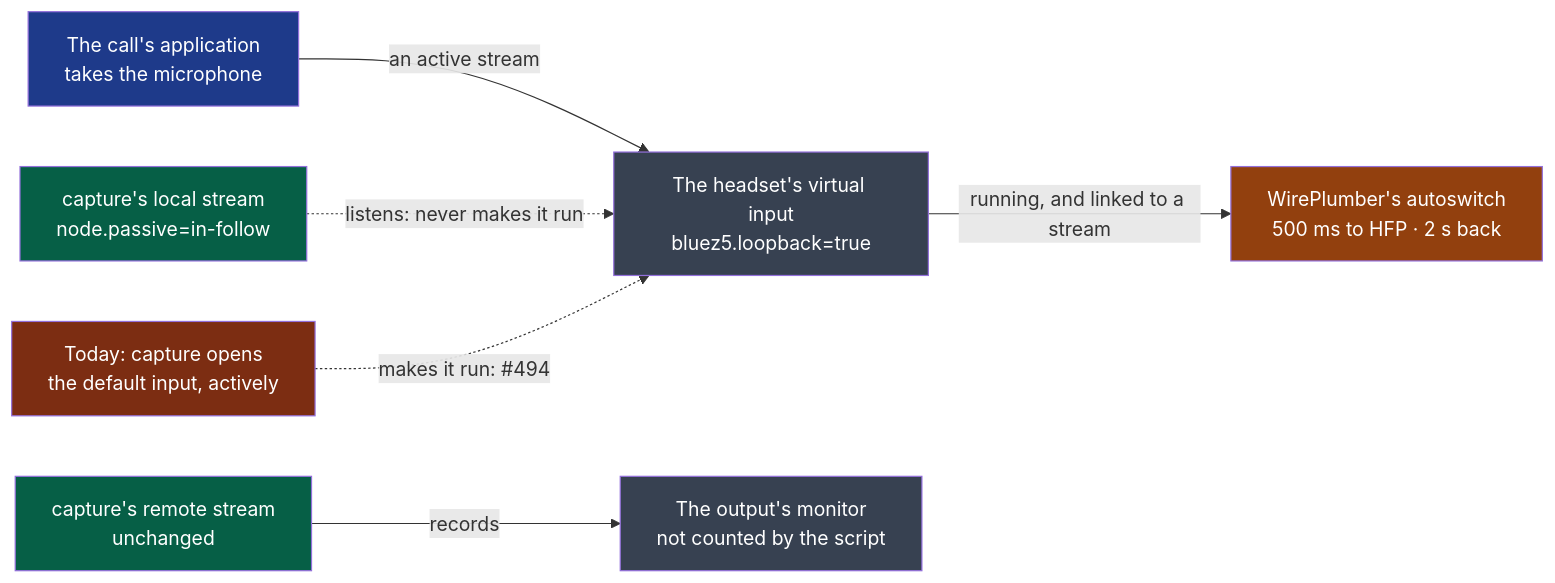
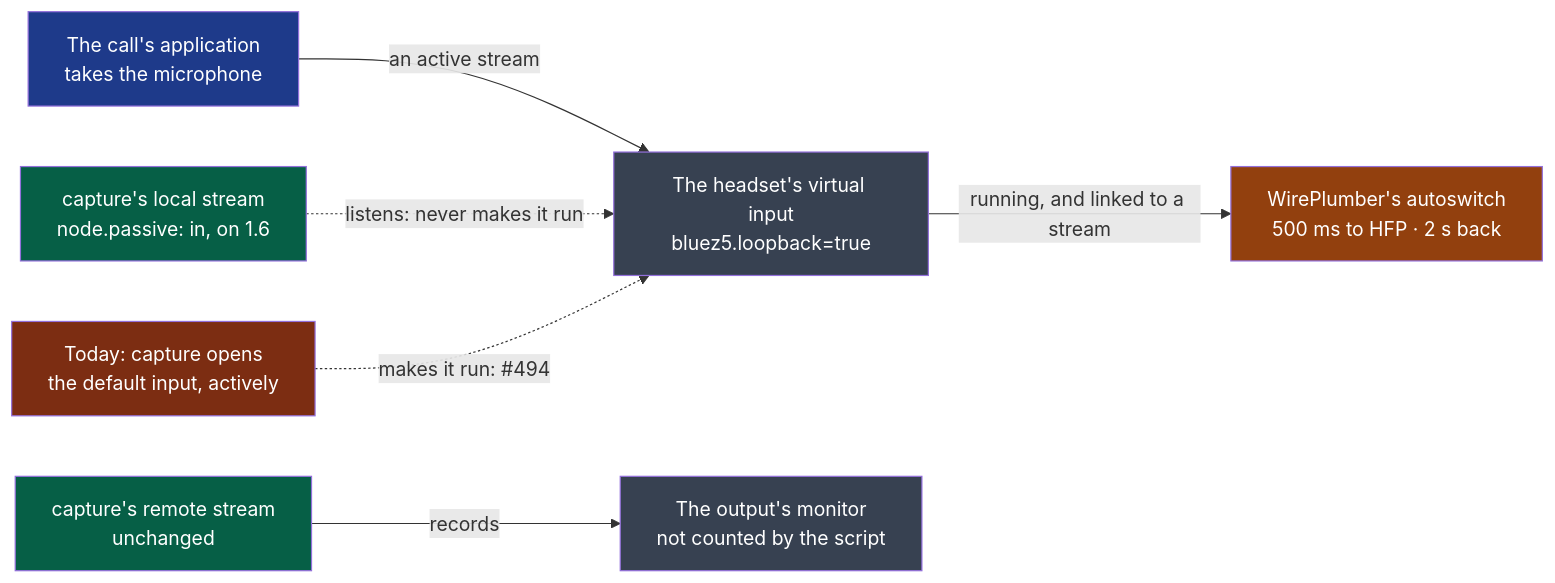
The diagram in docs/adr/0015-the-local-side-records-the-microphone-the-call-holds-passively.md (NapkinStack/wholeheard), drawn with Mermaid before and after one commit. The commit also changed other lines of this file and 13 other files, not shown here.

First line of the commit message:
capture: a recording holds the microphone the call holds, passively, and makes no Bluetooth profile switch (D66) (#574)

````diff
--- a/docs/adr/0015-the-local-side-records-the-microphone-the-call-holds-passively.md
+++ b/docs/adr/0015-the-local-side-records-the-microphone-the-call-holds-passively.md
@@ -15,13 +15,13 @@
 ```mermaid
 flowchart LR
     B["The call's application<br/>takes the microphone"]:::app -->|"an active stream"| L["The headset's virtual input<br/>bluez5.loopback=true"]:::dev
     L -->|"running, and linked to a stream"| W["WirePlumber's autoswitch<br/>500 ms to HFP · 2 s back"]:::sys
-    C["capture's local stream<br/>node.passive=in-follow"]:::mod -.->|"listens: never makes it run"| L
+    C["capture's local stream<br/>node.passive: in, on 1.6"]:::mod -.->|"listens: never makes it run"| L
     O["capture's remote stream<br/>unchanged"]:::mod -->|"records"| M["The output's monitor<br/>not counted by the script"]:::dev
     X["Today: capture opens<br/>the default input, actively"]:::old -.->|"makes it run: #494"| L
     classDef app fill:#1e3a8a,color:#fff
     classDef dev fill:#374151,color:#fff
     classDef sys fill:#92400e,color:#fff
     classDef mod fill:#065f46,color:#fff
     classDef old fill:#7c2d12,color:#fff
 ```
````
